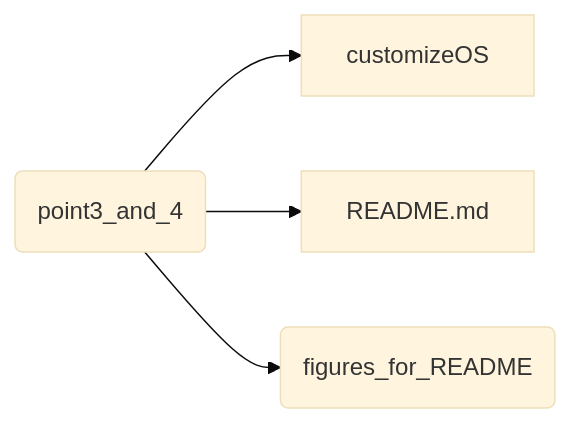
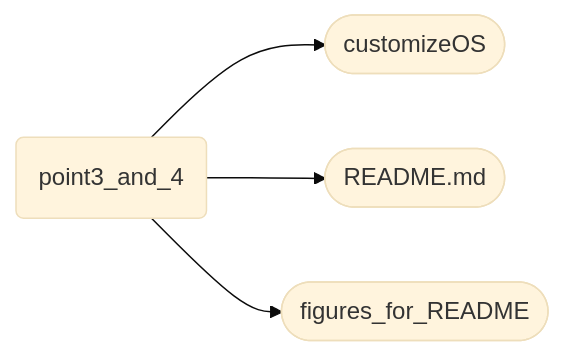
The fourth of 4 diagrams in README.md (smokyisthatyou/STM32Nucleo64), drawn with Mermaid before and after one commit.

````diff
--- a/README.md
+++ b/README.md
@@ -97,13 +97,13 @@
 ```mermaid
 %%{init: {'theme':'base'}}%%
 graph LR;
 p3(point3_and_4)
-p3-->customizeOS;
-p3-->README.md;
-p3-->dir(figures_for_README);
+p3-->dir4([customizeOS]);
+p3-->dir5([README.md]);
+p3-->dir6([figures_for_README]);
 
 click p3 href "https://baltig.polito.it/caos2023/group2/-/tree/point3_and_4" "Link to point3_and_4";
-click customizeOS href "https://baltig.polito.it/caos2023/group2/-/tree/point3_and_4/customizeOS" "Link to customizeOS";
-click README.md href "https://baltig.polito.it/caos2023/group2/-/tree/point3_and_4/README.md" "Link to README.md";
-click dir href "https://baltig.polito.it/caos2023/group2/-/tree/point3_and_4/figures_for_README" "Link to figures_for_README";
+click dir4 href "https://baltig.polito.it/caos2023/group2/-/tree/point3_and_4/customizeOS" "Link to customizeOS";
+click dir5 href "https://baltig.polito.it/caos2023/group2/-/tree/point3_and_4/README.md" "Link to README.md";
+click dir6 href "https://baltig.polito.it/caos2023/group2/-/tree/point3_and_4/figures_for_README" "Link to figures_for_README";
 ```
````
